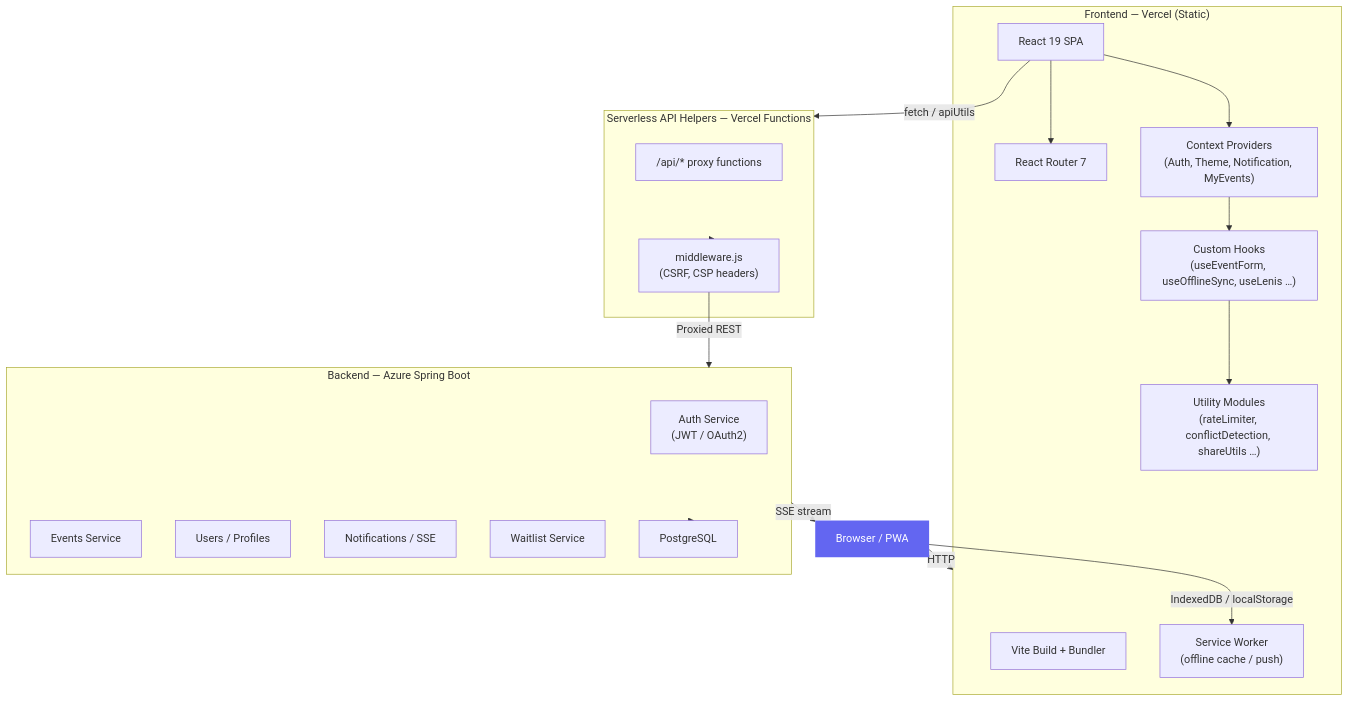
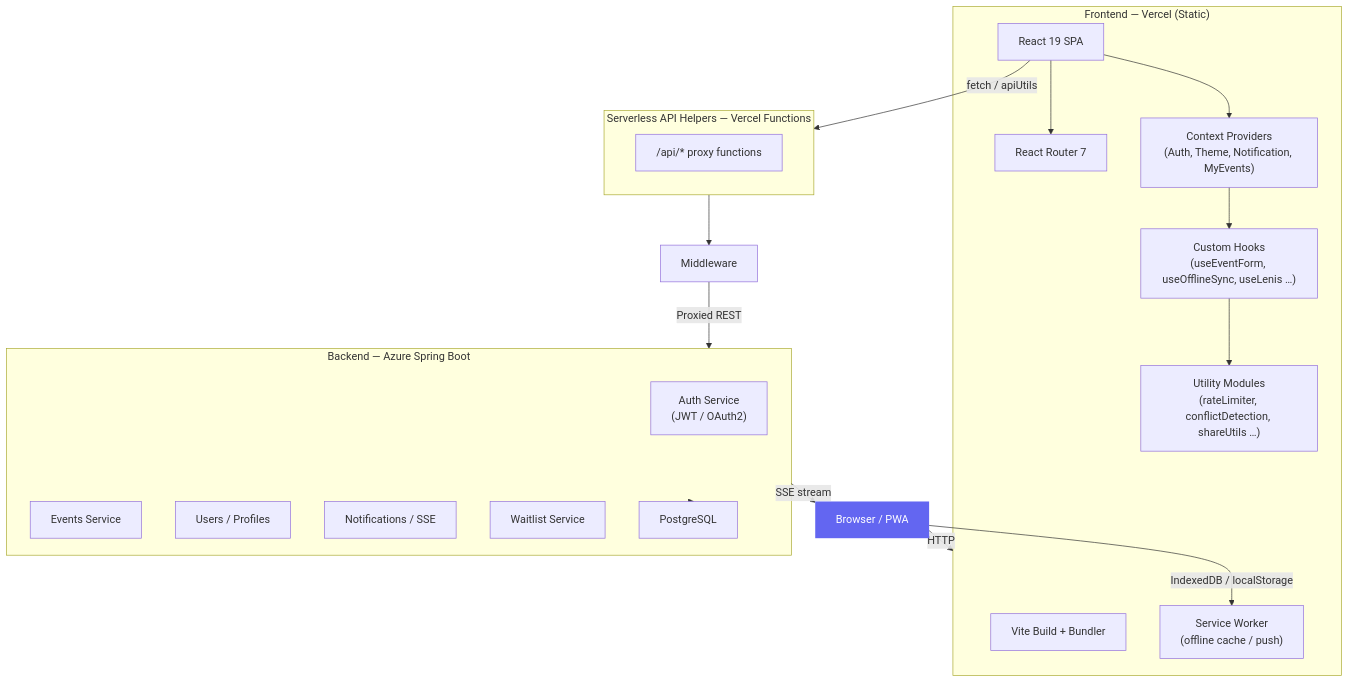
The first of 4 diagrams in docs/architecture.md (SandeepVashishtha/Eventra), drawn with Mermaid before and after one commit. The commit also changed other lines of this file and 72 other files, not shown here.

````diff
--- a/docs/architecture.md
+++ b/docs/architecture.md
@@ -11,45 +11,44 @@
 ```mermaid
 graph TD
     Browser["Browser / PWA"]:::client
 
     subgraph Frontend["Frontend — Vercel (Static)"]
         Vite["Vite Build + Bundler"]
         React["React 19 SPA"]
         Router["React Router 7"]
         Context["Context Providers\n(Auth, Theme, Notification, MyEvents)"]
         Hooks["Custom Hooks\n(useEventForm, useOfflineSync, useLenis …)"]
         Utils["Utility Modules\n(rateLimiter, conflictDetection, shareUtils …)"]
         SW["Service Worker\n(offline cache / push)"]
     end
 
     subgraph API["Serverless API Helpers — Vercel Functions"]
         ProxyFn["/api/* proxy functions"]
-        Middleware["middleware.js\n(CSRF, CSP headers)"]
     end
 
     subgraph Backend["Backend — Azure Spring Boot"]
         Auth["Auth Service\n(JWT / OAuth2)"]
         Events["Events Service"]
         Users["Users / Profiles"]
         Notifications["Notifications / SSE"]
         Waitlist["Waitlist Service"]
         DB["PostgreSQL"]
     end
 
     Browser -->|HTTP| Frontend
     Browser -->|IndexedDB / localStorage| SW
     React --> Router
     React --> Context
     Context --> Hooks
     Hooks --> Utils
     React -->|fetch / apiUtils| API
     API --> Middleware
     Middleware -->|Proxied REST| Backend
     Backend --> DB
     Backend -->|SSE stream| Browser
 
     classDef client fill:#6366f1,color:#fff,stroke:none
     classDef fe fill:#0ea5e9,color:#fff,stroke:none
     classDef api fill:#8b5cf6,color:#fff,stroke:none
     classDef be fill:#10b981,color:#fff,stroke:none
 ```
````
